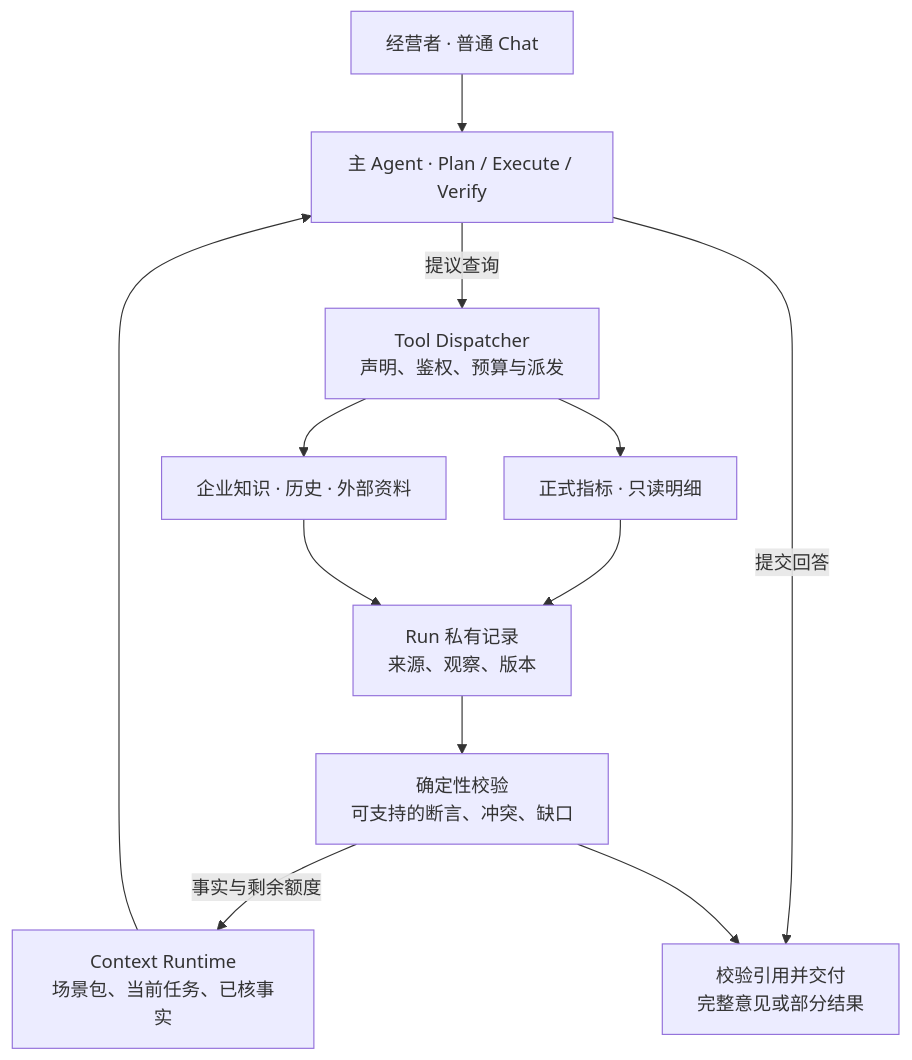
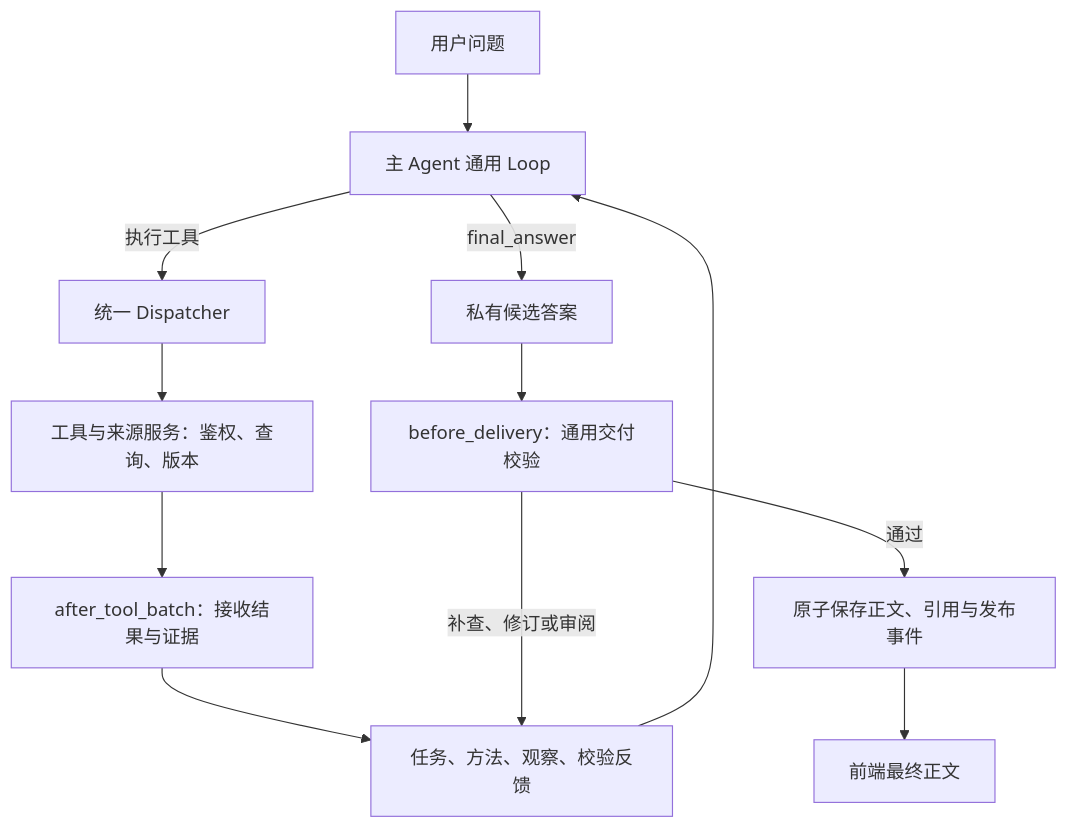
The first of 3 diagrams in mai-specs/973-lesson-23-agentic-search/design/TECH_DESIGN.md (RuiLu007/compass), drawn with Mermaid before and after one commit. The commit also changed other lines of this file and 167 other files, not shown here.

````diff
--- a/mai-specs/973-lesson-23-agentic-search/design/TECH_DESIGN.md
+++ b/mai-specs/973-lesson-23-agentic-search/design/TECH_DESIGN.md
@@ -193,14 +43,14 @@
-```mermaid 一次搜索由谁作决定
-flowchart TB
-    Chat["经营者 · 普通 Chat"] --> Main["主 Agent · Plan / Execute / Verify"]
-    Context["Context Runtime<br/>场景包、当前任务、已核事实"] --> Main
-    Main -->|提议查询| Dispatch["Tool Dispatcher<br/>声明、鉴权、预算与派发"]
-    Dispatch --> Data["正式指标 · 只读明细"]
-    Dispatch --> Doc["企业知识 · 历史 · 外部资料"]
-    Data --> Store["Run 私有记录<br/>来源、观察、版本"]
-    Doc --> Store
-    Store --> Verify["确定性校验<br/>可支持的断言、冲突、缺口"]
-    Verify -->|事实与剩余额度| Context
-    Main -->|提交回答| Delivery["校验引用并交付<br/>完整意见或部分结果"]
-    Verify --> Delivery
+```mermaid 通用循环与答案交付
+flowchart TD
+    User["用户问题"] --> Loop["主 Agent 通用 Loop"]
+    Context["任务、方法、观察、校验反馈"] --> Loop
+    Loop -->|执行工具| Dispatch["统一 Dispatcher"]
+    Dispatch --> Owner["工具与来源服务：鉴权、查询、版本"]
+    Owner --> Batch["after_tool_batch：接收结果与证据"]
+    Batch --> Context
+    Loop -->|final_answer| Candidate["私有候选答案"]
+    Candidate --> Verify["before_delivery：通用交付校验"]
+    Verify -->|补查、修订或审阅| Context
+    Verify -->|通过| Publish["原子保存正文、引用与发布事件"]
+    Publish --> UI["前端最终正文"]
 ```
````
